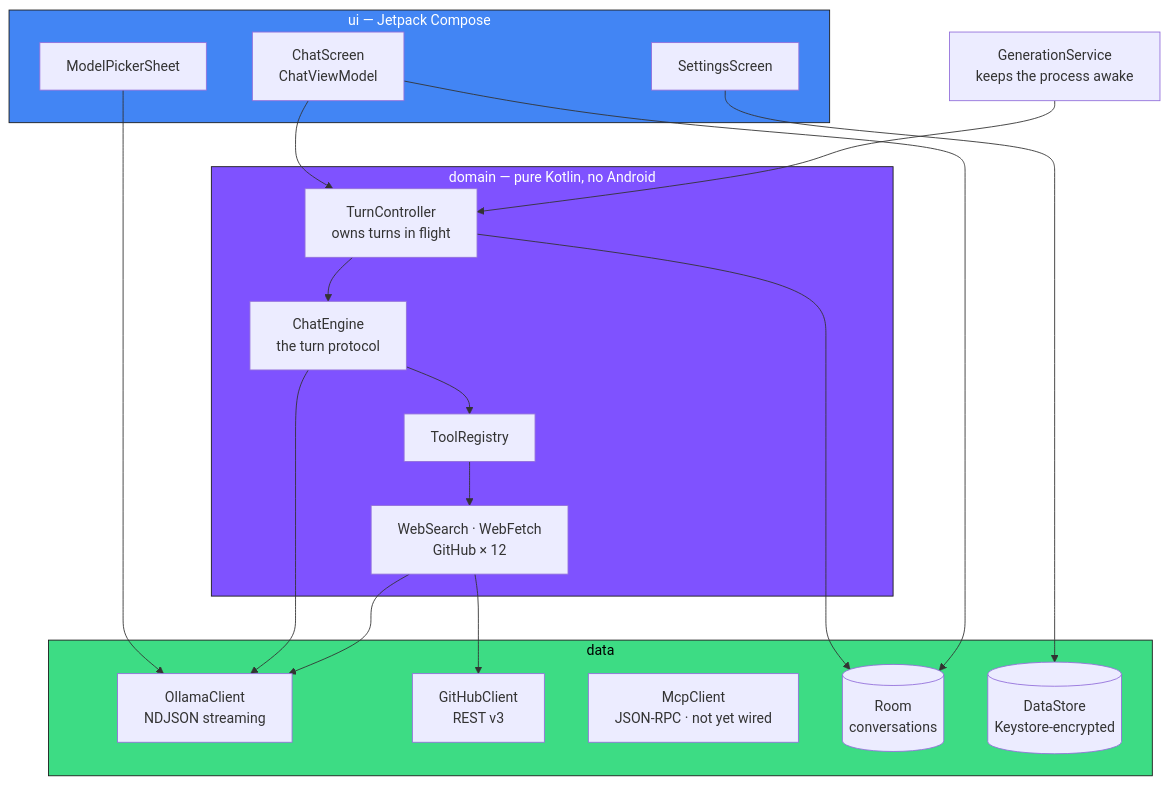
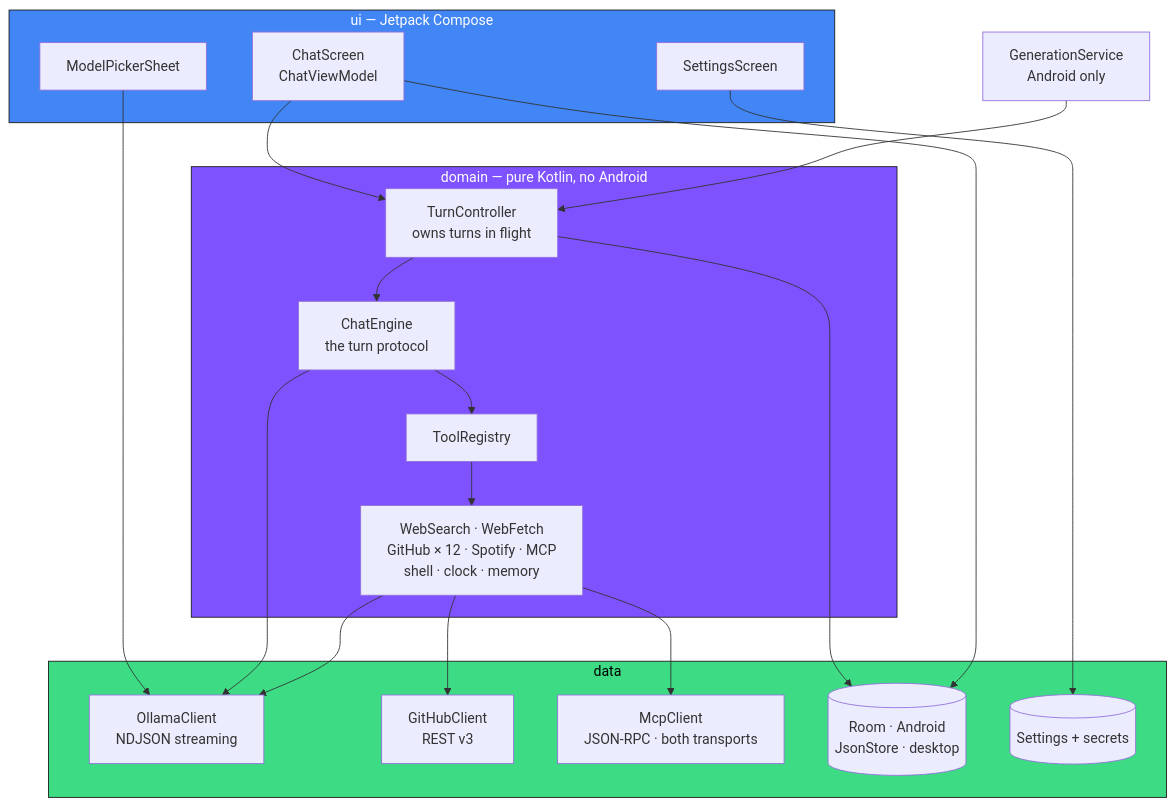
One commit to klaibercore/cirrus changed the first of 2 diagrams in README.md. Above: the diagram before and after it, drawn with Mermaid. The commit also changed other lines of this file and 4 other files, not shown here.

````diff
--- a/README.md
+++ b/README.md
@@ -181,40 +226,41 @@
 ```mermaid
 graph TD
     subgraph ui["ui — Jetpack Compose"]
         Chat[ChatScreen<br/>ChatViewModel]
         Settings[SettingsScreen]
         Picker[ModelPickerSheet]
     end
 
     subgraph domain["domain — pure Kotlin, no Android"]
         Controller[TurnController<br/>owns turns in flight]
         Engine[ChatEngine<br/>the turn protocol]
         Registry[ToolRegistry]
-        Tools[WebSearch · WebFetch<br/>GitHub × 12]
+        Tools[WebSearch · WebFetch<br/>GitHub × 12 · Spotify · MCP<br/>shell · clock · memory]
     end
 
     subgraph data["data"]
         Ollama[OllamaClient<br/>NDJSON streaming]
         GitHub[GitHubClient<br/>REST v3]
-        Mcp[McpClient<br/>JSON-RPC · not yet wired]
-        Room[(Room<br/>conversations)]
-        Store[(DataStore<br/>Keystore-encrypted)]
+        Mcp[McpClient<br/>JSON-RPC · both transports]
+        Room[(Room · Android<br/>JsonStore · desktop)]
+        Store[(Settings + secrets)]
     end
 
     Chat --> Controller
     Controller --> Engine
     Controller --> Room
-    Service[GenerationService<br/>keeps the process awake] --> Controller
+    Service[GenerationService<br/>Android only] --> Controller
     Settings --> Store
     Picker --> Ollama
     Engine --> Registry
     Registry --> Tools
     Engine --> Ollama
     Tools --> GitHub
+    Tools --> Mcp
     Tools --> Ollama
     Chat --> Room
 
     style ui fill:#4285F4,stroke:#1a1a1a,color:#fff
     style domain fill:#7F52FF,stroke:#1a1a1a,color:#fff
     style data fill:#3DDC84,stroke:#1a1a1a,color:#000
 ```
````
